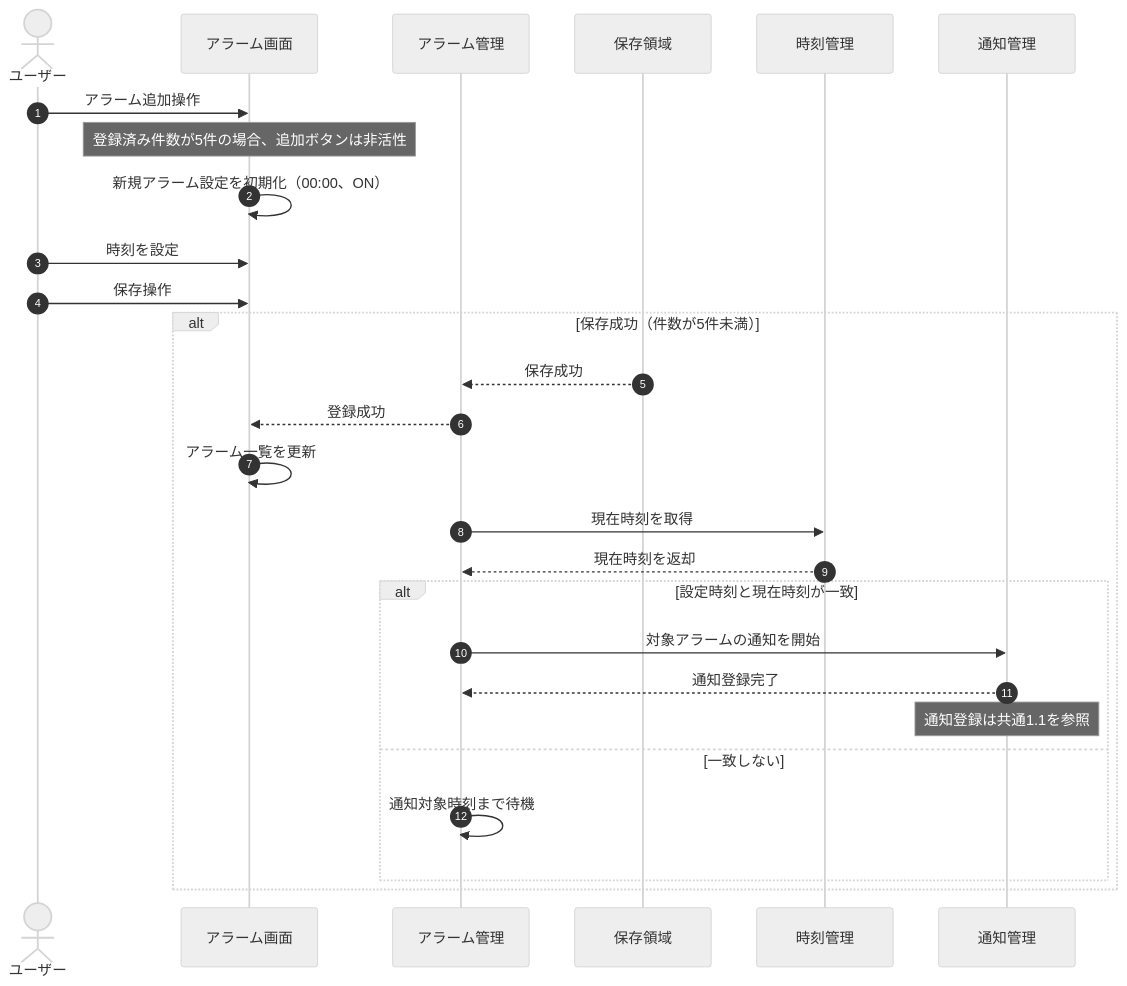
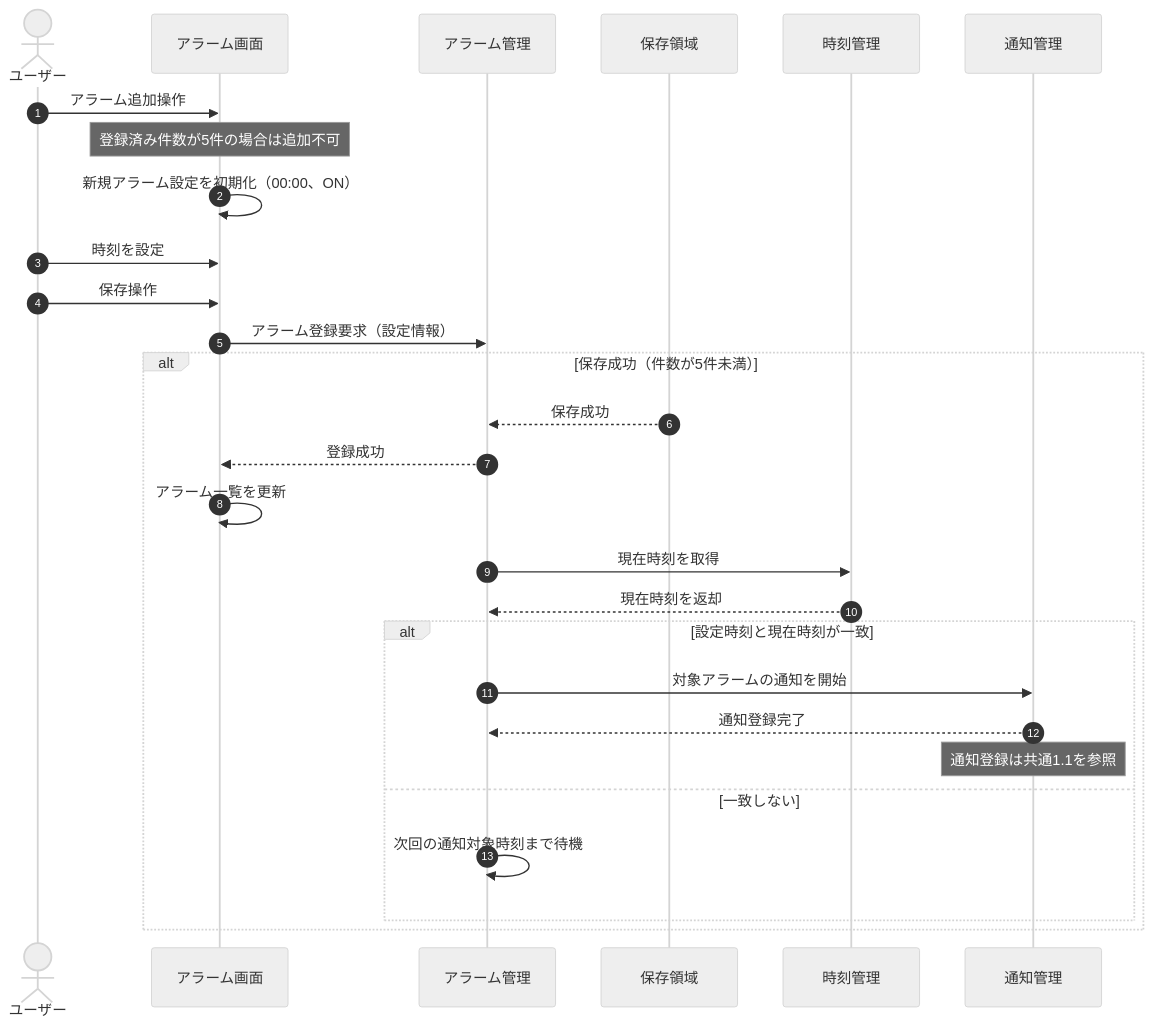
Before and after one commit to shun62201234-crypto/timerApplication: the first of 6 diagrams in document/設計/シーケンス図/アラームシーケンス図.md, drawn with Mermaid (neutral theme). The commit also changed other lines of this file and 2 other files, not shown here.

First line of the commit message:
シーケンス図を修正（共通・アラーム・タイマー）

````diff
--- a/document/設計/シーケンス図/アラームシーケンス図.md
+++ b/document/設計/シーケンス図/アラームシーケンス図.md
@@ -3,34 +3,36 @@
 ```mermaid
 sequenceDiagram
     autonumber
     actor User as ユーザー
     participant UI as アラーム画面
     participant Alarm as アラーム管理
     participant Storage as 保存領域
     participant Clock as 時刻管理
     participant Notify as 通知管理
 
     User->>UI: アラーム追加操作
-    Note over UI: 登録済み件数が5件の場合、追加ボタンは非活性
+    Note over UI: 登録済み件数が5件の場合は追加不可
 
     UI->>UI: 新規アラーム設定を初期化（00:00、ON）
     User->>UI: 時刻を設定
     User->>UI: 保存操作
+
+    UI->>Alarm: アラーム登録要求（設定情報）
 
     alt 保存成功（件数が5件未満）
         Storage-->>Alarm: 保存成功
         Alarm-->>UI: 登録成功
         UI->>UI: アラーム一覧を更新
 
         Alarm->>Clock: 現在時刻を取得
         Clock-->>Alarm: 現在時刻を返却
 
         alt 設定時刻と現在時刻が一致
             Alarm->>Notify: 対象アラームの通知を開始
             Notify-->>Alarm: 通知登録完了
             Note over Notify: 通知登録は共通1.1を参照
         else 一致しない
-            Alarm->>Alarm: 通知対象時刻まで待機
+            Alarm->>Alarm: 次回の通知対象時刻まで待機
         end
     end
 ```
````
